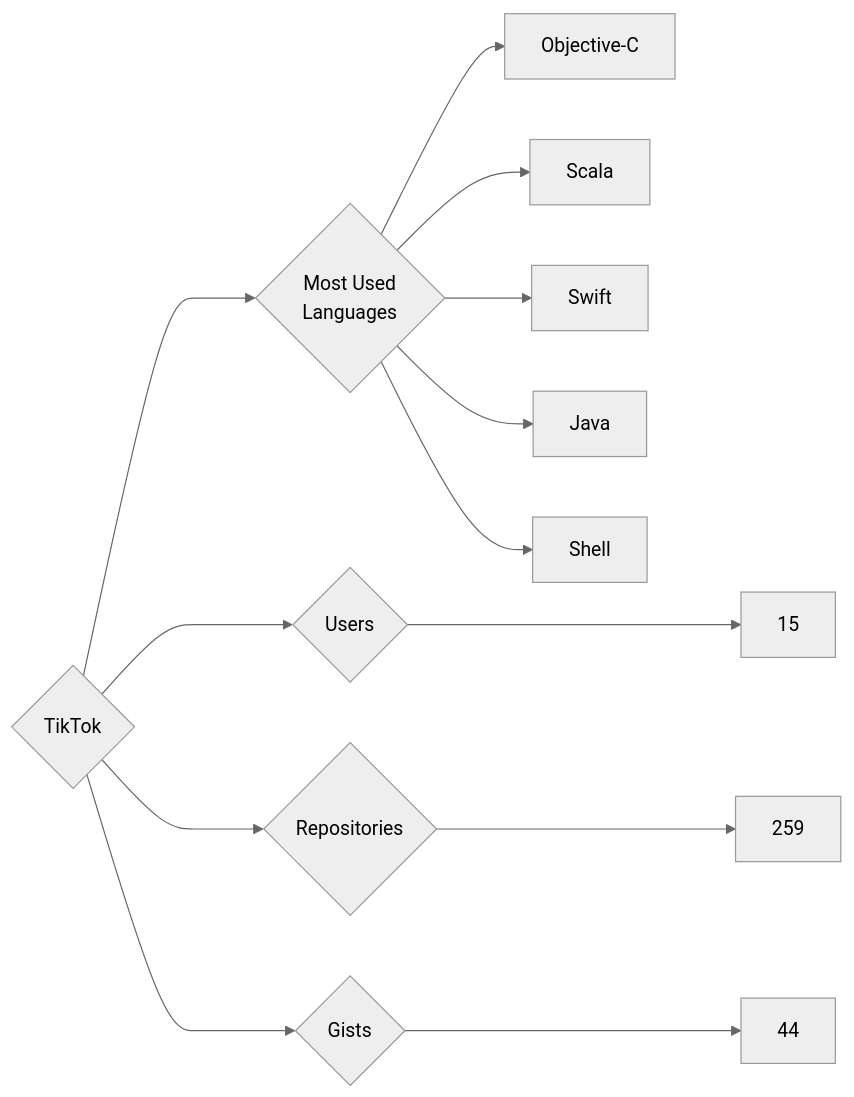
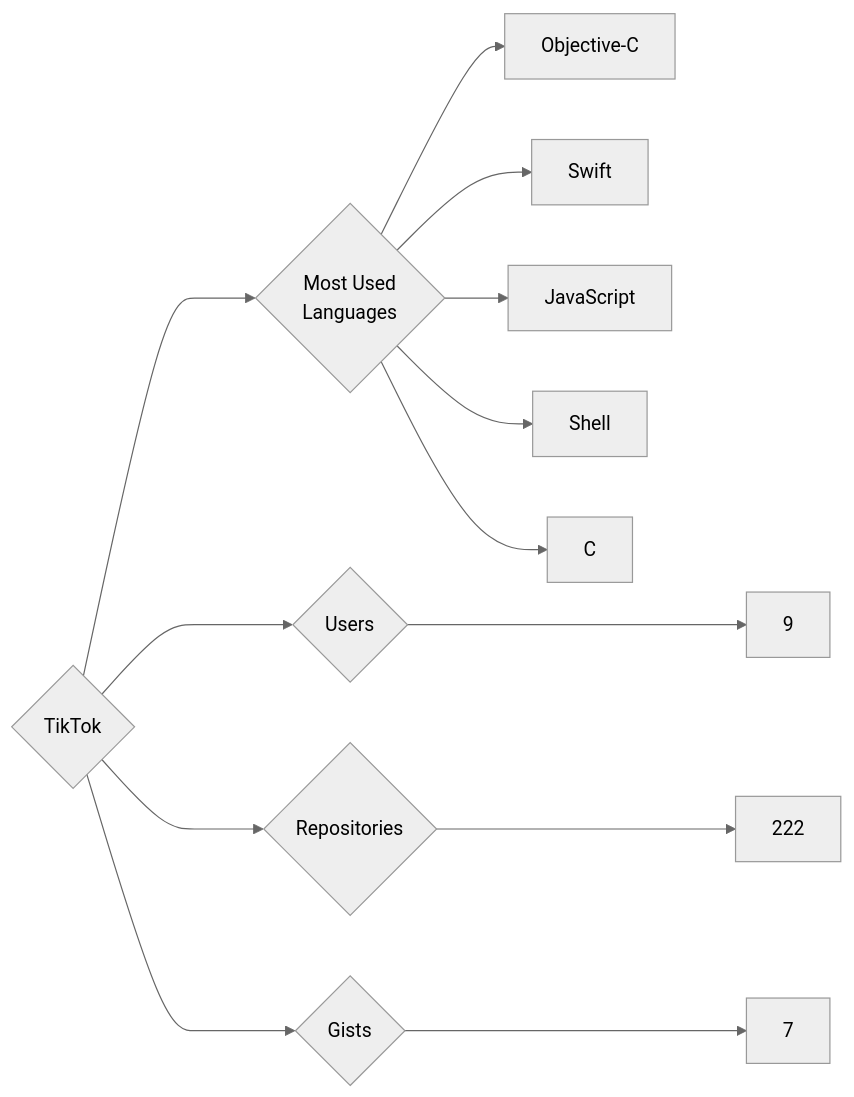
Before and after one commit to trickest/insiders: the diagram in targets/TikTok/README.md, drawn with Mermaid (neutral theme). The commit also changed 806 other files, not shown here.

````diff
--- a/targets/TikTok/README.md
+++ b/targets/TikTok/README.md
@@ -3,13 +3,13 @@
 ```mermaid
 graph LR
 COMPANY_NAME{TikTok}
-COMPANY_NAME ---> U{Users} ---> UN[15]
-COMPANY_NAME ---> R{Repositories} ---> RN[259]
-COMPANY_NAME ---> G{Gists} ---> GN[44]
+COMPANY_NAME ---> U{Users} ---> UN[9]
+COMPANY_NAME ---> R{Repositories} ---> RN[222]
+COMPANY_NAME ---> G{Gists} ---> GN[7]
 COMPANY_NAME ---> ML{Most Used<br>Languages}
 ML --> Objective-C[Objective-C]
-ML --> Scala[Scala]
 ML --> Swift[Swift]
-ML --> Java[Java]
+ML --> JavaScript[JavaScript]
 ML --> Shell[Shell]
+ML --> C[C]
 ```
````
